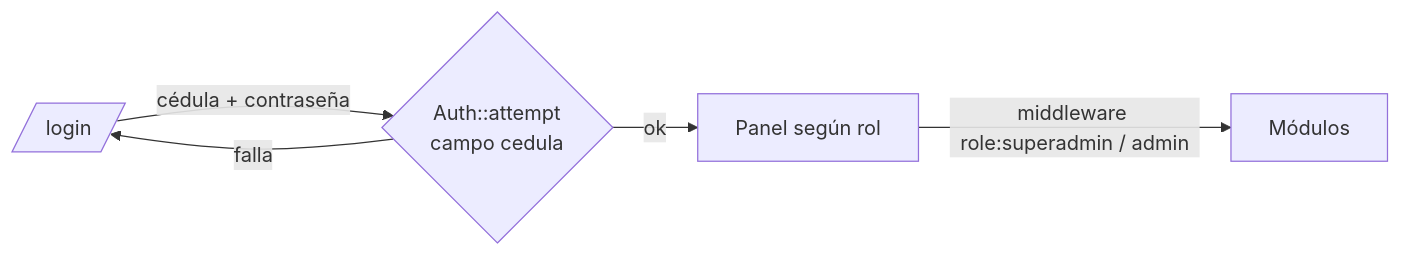
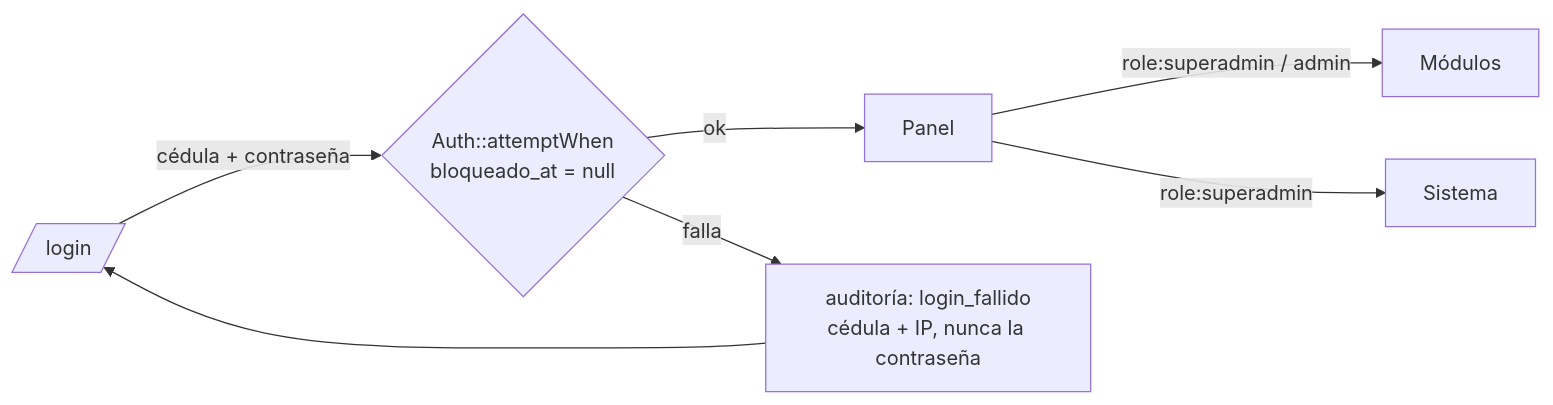
Before and after one commit to dannyjoeltenelema-debug/Taller-Automotriz: the eighth of 10 diagrams in docs/ARQUITECTURA.md, drawn with Mermaid. The commit also changed other lines of this file and 1 other file, not shown here.

````diff
--- a/docs/ARQUITECTURA.md
+++ b/docs/ARQUITECTURA.md
@@ -411,7 +475,9 @@
 ```mermaid
 flowchart LR
-    L[/login/] -->|cédula + contraseña| A{Auth::attempt<br/>campo cedula}
-    A -->|ok| D[Panel según rol]
-    A -->|falla| L
-    D -->|middleware role:superadmin / admin| M[Módulos]
+    L[/login/] -->|cédula + contraseña| A{Auth::attemptWhen<br/>bloqueado_at = null}
+    A -->|ok| D[Panel]
+    A -->|falla| F[auditoría: login_fallido<br/>cédula + IP, nunca la contraseña]
+    F --> L
+    D -->|role:superadmin / admin| M[Módulos]
+    D -->|role:superadmin| S[Sistema]
 ```
````
